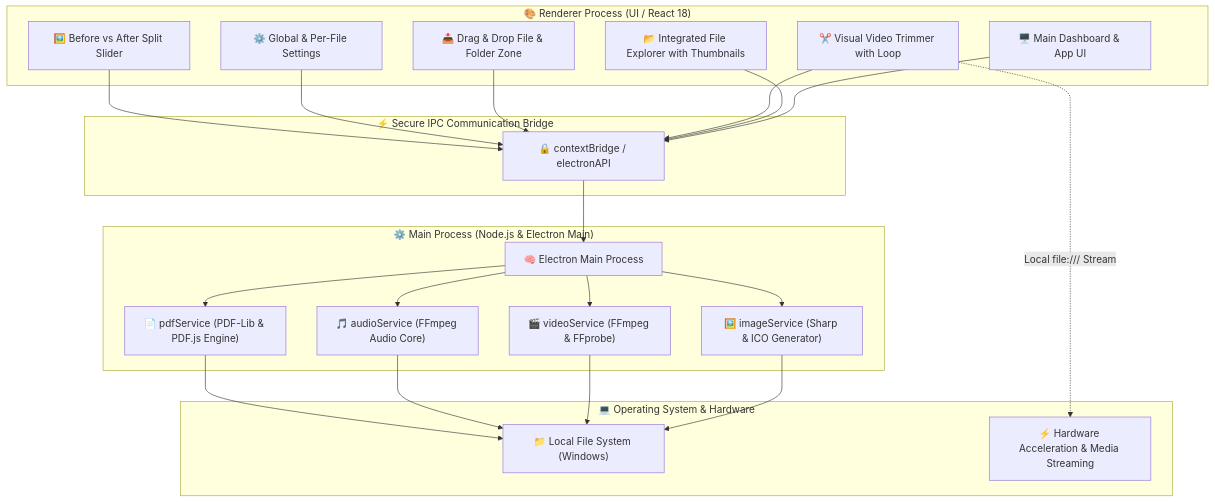
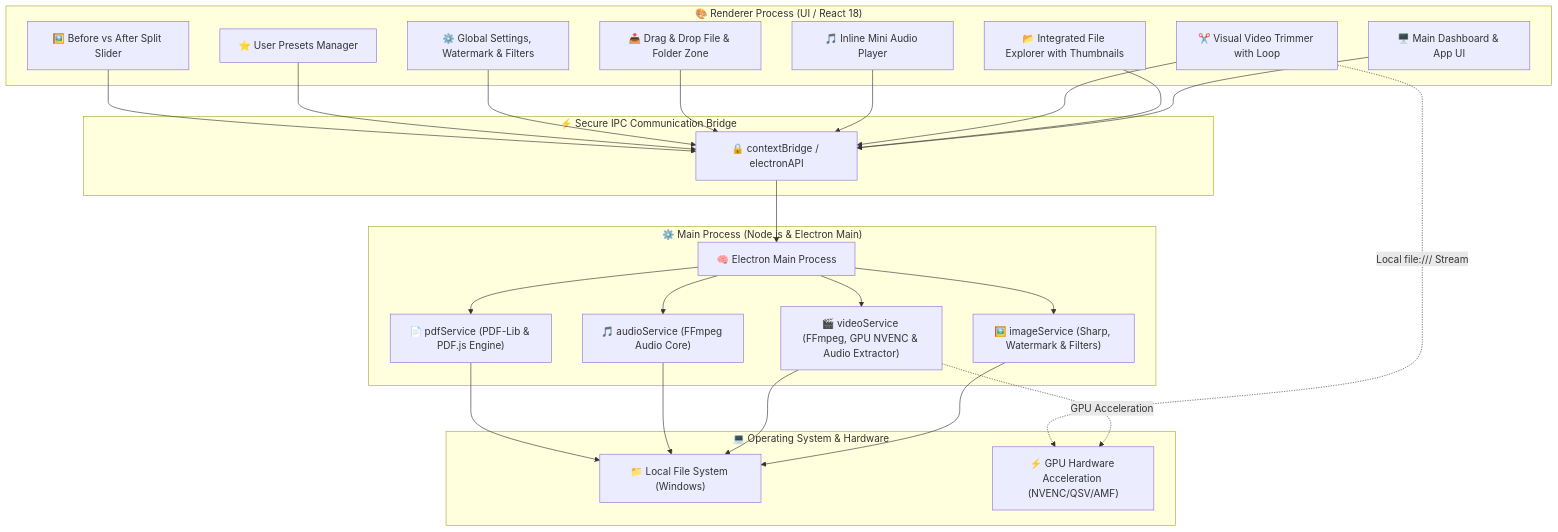
Before and after one commit to gui-bus/MediaMorph: the diagram in README.en.md, drawn with Mermaid. The commit also changed other lines of this file and 17 other files, not shown here.

Commit message:
feat: expand MediaMorph with watermarking, image filters, GPU video acceleration, PDF merge/split, mini audio player, batch renaming and custom presets

````diff
--- a/README.en.md
+++ b/README.en.md
@@ -126,48 +126,53 @@
 ```mermaid
 graph TB
     subgraph Frontend ["🎨 Renderer Process (UI / React 18)"]
         UI["🖥️ Main Dashboard & App UI"]
         Explorer["📂 Integrated File Explorer with Thumbnails"]
         Trimmer["✂️ Visual Video Trimmer with Loop"]
+        AudioPlayer["🎵 Inline Mini Audio Player"]
         Dropzone["📥 Drag & Drop File & Folder Zone"]
-        Settings["⚙️ Global & Per-File Settings"]
+        Settings["⚙️ Global Settings, Watermark & Filters"]
+        Presets["⭐ User Presets Manager"]
         Comparator["🖼️ Before vs After Split Slider"]
     end
 
     subgraph IPC ["⚡ Secure IPC Communication Bridge"]
         Bridge["🔒 contextBridge / electronAPI"]
     end
 
     subgraph Backend ["⚙️ Main Process (Node.js & Electron Main)"]
         Main["🧠 Electron Main Process"]
-        ImgService["🖼️ imageService (Sharp & ICO Generator)"]
-        VidService["🎬 videoService (FFmpeg & FFprobe)"]
+        ImgService["🖼️ imageService (Sharp, Watermark & Filters)"]
+        VidService["🎬 videoService (FFmpeg, GPU NVENC & Audio Extractor)"]
         AudService["🎵 audioService (FFmpeg Audio Core)"]
         PdfService["📄 pdfService (PDF-Lib & PDF.js Engine)"]
     end
 
     subgraph Native ["💻 Operating System & Hardware"]
         FS["📁 Local File System (Windows)"]
-        HW["⚡ Hardware Acceleration & Media Streaming"]
+        HW["⚡ GPU Hardware Acceleration (NVENC/QSV/AMF)"]
     end
 
     UI --> Bridge
     Explorer --> Bridge
     Trimmer --> Bridge
+    AudioPlayer --> Bridge
     Dropzone --> Bridge
     Settings --> Bridge
+    Presets --> Bridge
     Comparator --> Bridge
 
     Bridge --> Main
     Main --> ImgService
     Main --> VidService
     Main --> AudService
     Main --> PdfService
 
     ImgService --> FS
     VidService --> FS
     AudService --> FS
     PdfService --> FS
 
+    VidService -.->|GPU Acceleration| HW
     Trimmer -.->|Local file:/// Stream| HW
 ```
````
